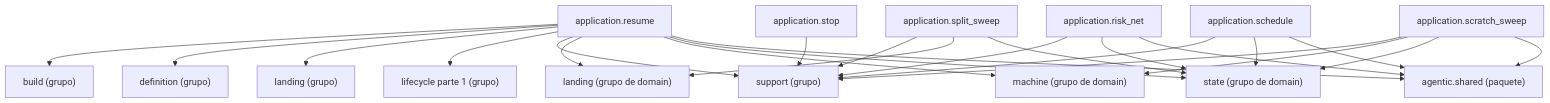
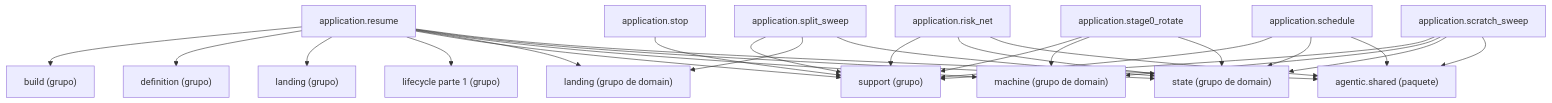
Before and after one commit to GonzaloZevallos/agentic-system: the diagram in docs/architecture/generated/packages-process-application-lifecycle-2.md, drawn with Mermaid. The commit also changed 26 other files, not shown here.

````diff
--- a/docs/architecture/generated/packages-process-application-lifecycle-2.md
+++ b/docs/architecture/generated/packages-process-application-lifecycle-2.md
@@ -16,41 +16,45 @@
 ```mermaid
 graph TD
     g_application__build["build (grupo)"]
     g_application__definition["definition (grupo)"]
     g_application__landing["landing (grupo)"]
     g_application__lifecycle__1["lifecycle parte 1 (grupo)"]
     g_application__support["support (grupo)"]
     g_domain__landing["landing (grupo de domain)"]
     g_domain__machine["machine (grupo de domain)"]
     g_domain__state["state (grupo de domain)"]
     g_pkg__agentic__shared["agentic.shared (paquete)"]
     m_application__resume["application.resume"]
     m_application__risk_net["application.risk_net"]
     m_application__schedule["application.schedule"]
     m_application__scratch_sweep["application.scratch_sweep"]
     m_application__split_sweep["application.split_sweep"]
+    m_application__stage0_rotate["application.stage0_rotate"]
     m_application__stop["application.stop"]
     m_application__resume --> g_application__build
     m_application__resume --> g_application__definition
     m_application__resume --> g_application__landing
     m_application__resume --> g_application__lifecycle__1
     m_application__resume --> g_application__support
     m_application__resume --> g_domain__landing
     m_application__resume --> g_domain__machine
     m_application__resume --> g_domain__state
     m_application__resume --> g_pkg__agentic__shared
     m_application__risk_net --> g_application__support
     m_application__risk_net --> g_domain__state
     m_application__risk_net --> g_pkg__agentic__shared
     m_application__schedule --> g_application__support
     m_application__schedule --> g_domain__state
     m_application__schedule --> g_pkg__agentic__shared
     m_application__scratch_sweep --> g_application__support
     m_application__scratch_sweep --> g_domain__machine
     m_application__scratch_sweep --> g_domain__state
     m_application__scratch_sweep --> g_pkg__agentic__shared
     m_application__split_sweep --> g_application__support
     m_application__split_sweep --> g_domain__landing
     m_application__split_sweep --> g_domain__state
+    m_application__stage0_rotate --> g_application__support
+    m_application__stage0_rotate --> g_domain__machine
+    m_application__stage0_rotate --> g_domain__state
     m_application__stop --> g_application__support
 ```
````
